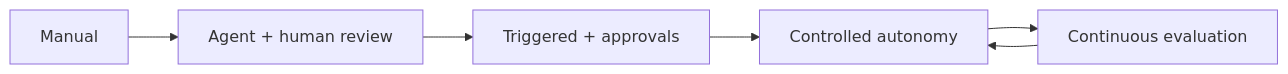
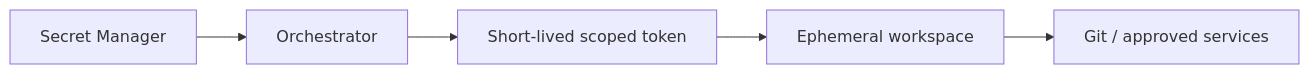
Before and after one commit to huynv-xyz/vhm: diagram 13 of 15 in OPENAI_AGENTS_GUIDE_VI.md, drawn with Mermaid. The commit also changed other lines of this file, not shown here.

````diff
--- a/OPENAI_AGENTS_GUIDE_VI.md
+++ b/OPENAI_AGENTS_GUIDE_VI.md
@@ -436,8 +724,7 @@
 ```mermaid
 flowchart LR
-    M[Manual] --> A[Agent + human review]
-    A --> T[Triggered + approvals]
-    T --> C[Controlled autonomy]
-    C --> O[Continuous evaluation]
-    O --> C
+    SM[Secret Manager] --> O[Orchestrator]
+    O --> ST[Short-lived scoped token]
+    ST --> W[Ephemeral workspace]
+    W --> G[Git / approved services]
 ```
````
